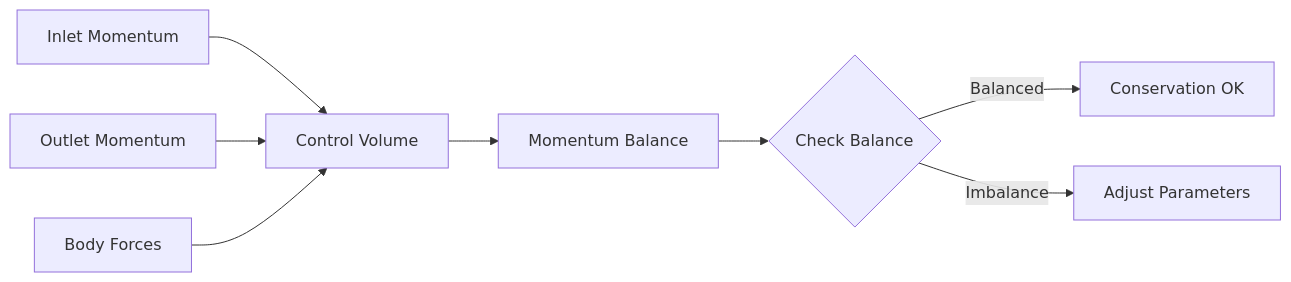
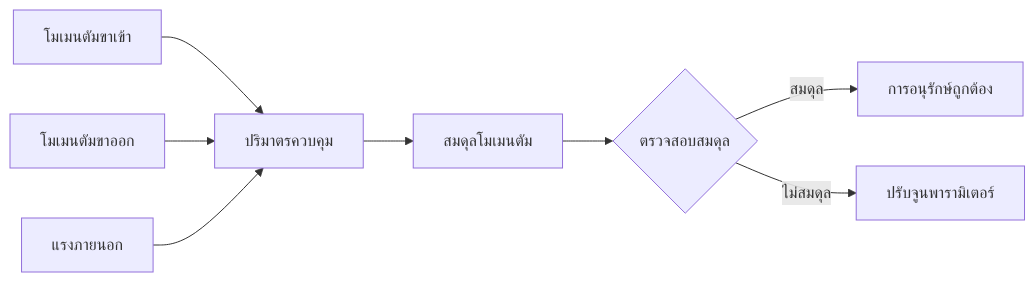
Before and after one commit to wramet/build-my-cfd: the fourth of 6 diagrams in MODULE_06_ADVANCED_PHYSICS/CONTENT/02_COUPLED_PHYSICS/05_Validation_and_Benchmarks.md, drawn with Mermaid. The commit also changed other lines of this file and 104 other files, not shown here.

````diff
--- a/MODULE_06_ADVANCED_PHYSICS/CONTENT/02_COUPLED_PHYSICS/05_Validation_and_Benchmarks.md
+++ b/MODULE_06_ADVANCED_PHYSICS/CONTENT/02_COUPLED_PHYSICS/05_Validation_and_Benchmarks.md
@@ -408,10 +408,10 @@
 ```mermaid
 flowchart LR
-    A[Inlet Momentum] --> B[Control Volume]
-    C[Outlet Momentum] --> B
-    D[Body Forces] --> B
-    B --> E[Momentum Balance]
-    E --> F{Check Balance}
-    F -->|Balanced| G[Conservation OK]
-    F -->|Imbalance| H[Adjust Parameters]
+    A[โมเมนตัมขาเข้า] --> B[ปริมาตรควบคุม]
+    C[โมเมนตัมขาออก] --> B
+    D[แรงภายนอก] --> B
+    B --> E[สมดุลโมเมนตัม]
+    E --> F{ตรวจสอบสมดุล}
+    F -->|สมดุล| G[การอนุรักษ์ถูกต้อง]
+    F -->|ไม่สมดุล| H[ปรับจูนพารามิเตอร์]
 ```
````
